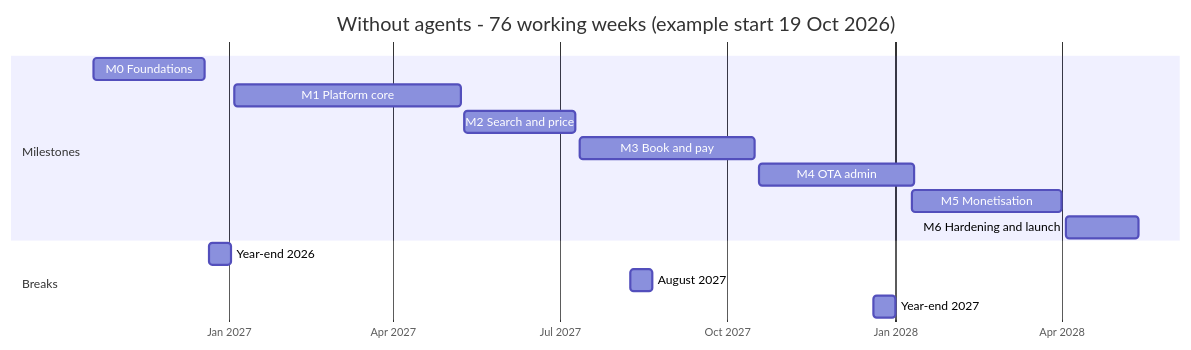
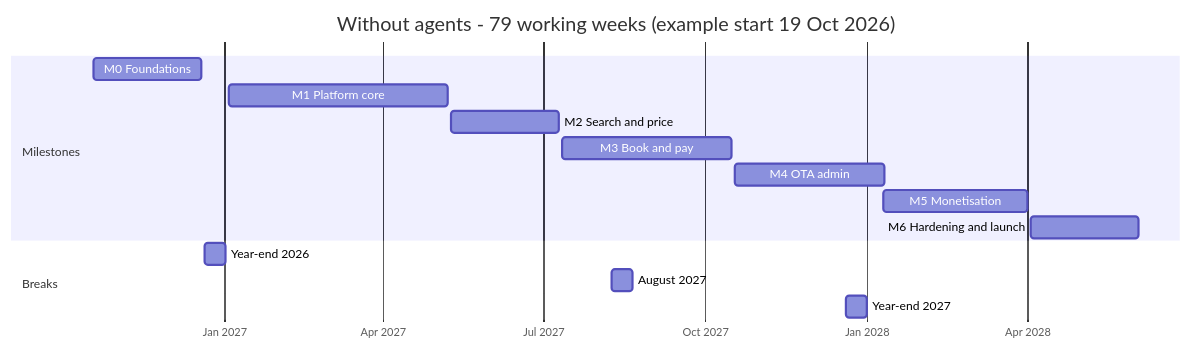
Before and after one commit to bhagwati-prasad/velexis-ota: the second of 3 diagrams in docs/mvp/plans/roadmap.md, drawn with Mermaid. The commit also changed other lines of this file and 27 other files, not shown here.

````diff
--- a/docs/mvp/plans/roadmap.md
+++ b/docs/mvp/plans/roadmap.md
@@ -124,18 +131,18 @@
 ```mermaid
 gantt
-  title Without agents - 76 working weeks (example start 19 Oct 2026)
+  title Without agents - 79 working weeks (example start 19 Oct 2026)
   dateFormat YYYY-MM-DD
   axisFormat %b %Y
   section Milestones
   M0 Foundations          :n0, 2026-10-19, 2026-12-19
   M1 Platform core        :n1, 2027-01-04, 2027-05-08
   M2 Search and price     :n2, 2027-05-10, 2027-07-10
   M3 Book and pay         :n3, 2027-07-12, 2027-10-16
   M4 OTA admin            :n4, 2027-10-18, 2028-01-11
   M5 Monetisation         :n5, 2028-01-10, 2028-04-01
-  M6 Hardening and launch :n6, 2028-04-03, 2028-05-13
+  M6 Hardening and launch :n6, 2028-04-03, 2028-06-03
   section Breaks
   Year-end 2026           :2026-12-21, 2027-01-02
   August 2027             :2027-08-09, 2027-08-21
   Year-end 2027           :2027-12-20, 2028-01-01
 ```
````
